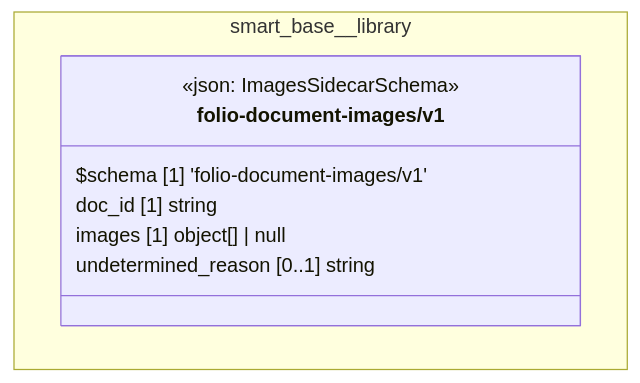
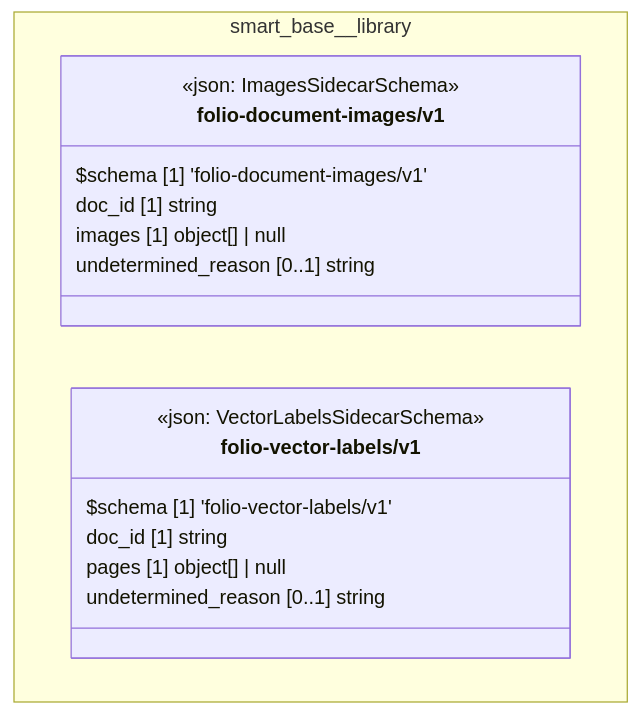
Before and after one commit to litlfred/folio-assistant: the diagram in cat-harness/uml/overview/smart-base/library.mmd, drawn with Mermaid. The commit also changed 86 other files, not shown here.

```diff
--- a/cat-harness/uml/overview/smart-base/library.mmd
+++ b/cat-harness/uml/overview/smart-base/library.mmd
@@ -1,12 +1,20 @@
 classDiagram
   direction TB
   namespace smart_base__library {
     class smart_base_library_folio_document_images_v1_folio_document_images_v1["folio-document-images/v1"] {
       <<json: ImagesSidecarSchema>>
       $schema [1] 'folio-document-images/v1'
       doc_id [1] string
       images [1] object[] | null
       undetermined_reason [0..1] string
     }
+    class smart_base_library_folio_vector_labels_v1_folio_vector_labels_v1["folio-vector-labels/v1"] {
+      <<json: VectorLabelsSidecarSchema>>
+      $schema [1] 'folio-vector-labels/v1'
+      doc_id [1] string
+      pages [1] object[] | null
+      undetermined_reason [0..1] string
+    }
   }
   cssClass "smart_base_library_folio_document_images_v1_folio_document_images_v1" fa_uml_kind_library
+  cssClass "smart_base_library_folio_vector_labels_v1_folio_vector_labels_v1" fa_uml_kind_library
```
